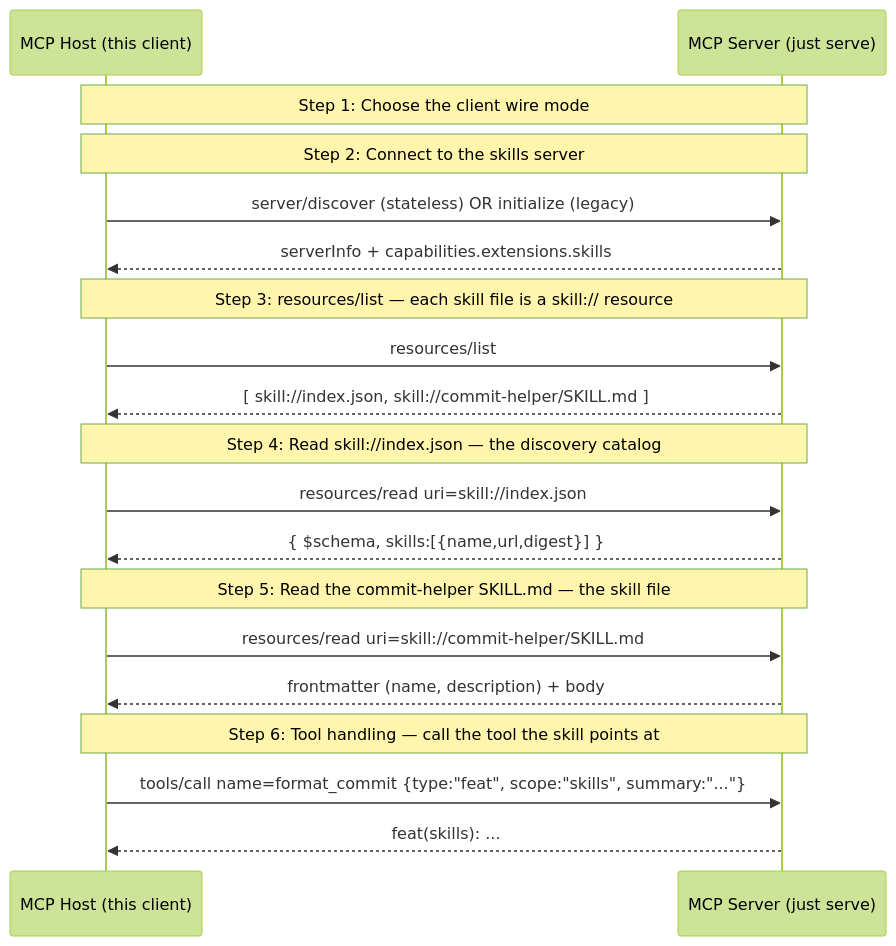
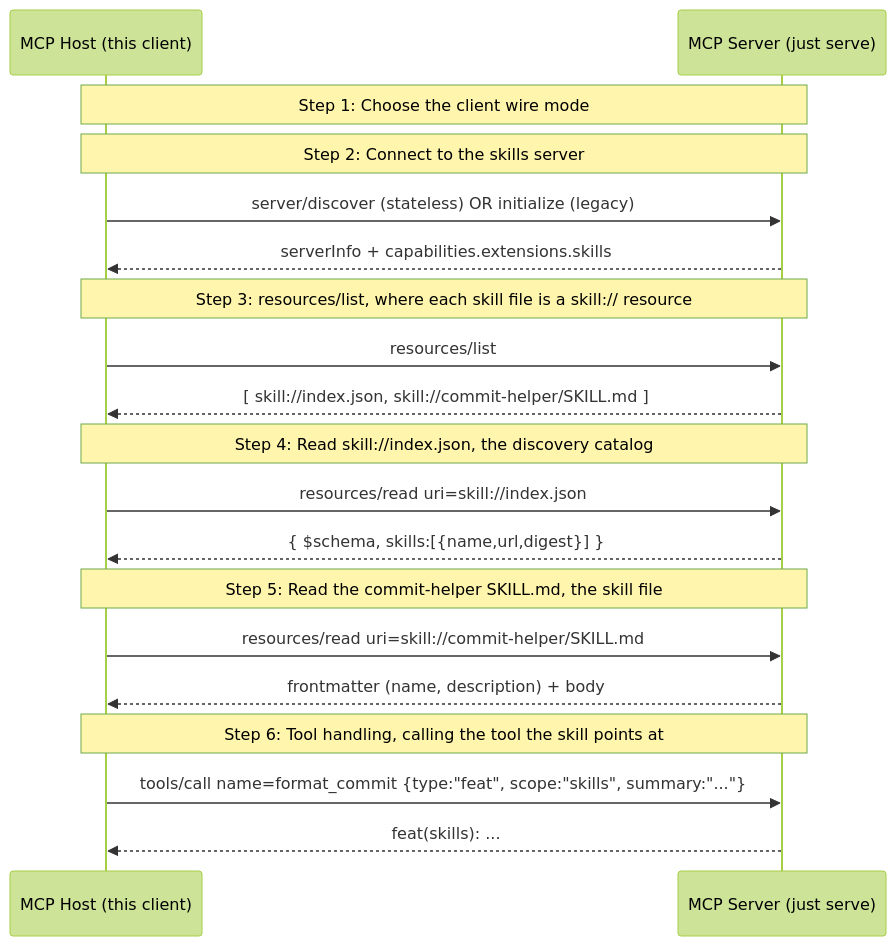
One commit to panyam/mcpkit changed the diagram in examples/skills-core/WALKTHROUGH.md. Above: the diagram before and after it, drawn with Mermaid (forest theme). The commit also changed other lines of this file and 54 other files, not shown here.

````diff
--- a/examples/skills-core/WALKTHROUGH.md
+++ b/examples/skills-core/WALKTHROUGH.md
@@ -14,27 +14,27 @@
 ```mermaid
 sequenceDiagram
     participant Host as MCP Host (this client)
     participant Server as MCP Server (just serve)
 
     Note over Host,Server: Step 1: Choose the client wire mode
 
     Note over Host,Server: Step 2: Connect to the skills server
     Host->>Server: server/discover (stateless) OR initialize (legacy)
     Server-->>Host: serverInfo + capabilities.extensions.skills
 
-    Note over Host,Server: Step 3: resources/list — each skill file is a skill:// resource
+    Note over Host,Server: Step 3: resources/list, where each skill file is a skill:// resource
     Host->>Server: resources/list
     Server-->>Host: [ skill://index.json, skill://commit-helper/SKILL.md ]
 
-    Note over Host,Server: Step 4: Read skill://index.json — the discovery catalog
+    Note over Host,Server: Step 4: Read skill://index.json, the discovery catalog
     Host->>Server: resources/read uri=skill://index.json
     Server-->>Host: { $schema, skills:[{name,url,digest}] }
 
-    Note over Host,Server: Step 5: Read the commit-helper SKILL.md — the skill file
+    Note over Host,Server: Step 5: Read the commit-helper SKILL.md, the skill file
     Host->>Server: resources/read uri=skill://commit-helper/SKILL.md
     Server-->>Host: frontmatter (name, description) + body
 
-    Note over Host,Server: Step 6: Tool handling — call the tool the skill points at
+    Note over Host,Server: Step 6: Tool handling, calling the tool the skill points at
     Host->>Server: tools/call name=format_commit {type:"feat", scope:"skills", summary:"..."}
     Server-->>Host: feat(skills): ...
 ```
````
